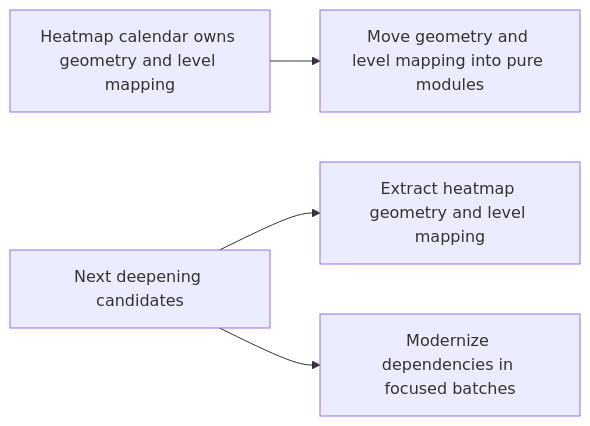
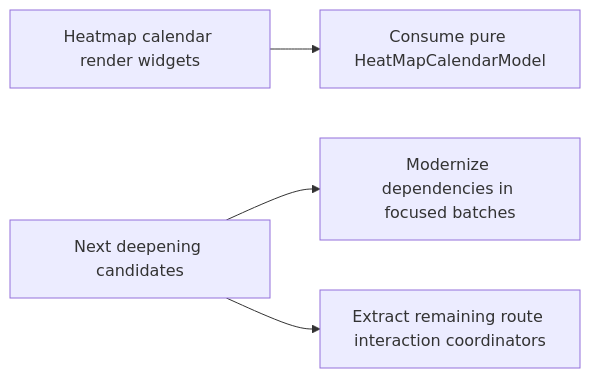
The fifth of 5 diagrams in docs/architecture/module-flow.md (Guoyuer/eventTracker), drawn with Mermaid before and after one commit. The commit also changed other lines of this file and 8 other files, not shown here.

Commit message:
Extract heatmap calendar model

````diff
--- a/docs/architecture/module-flow.md
+++ b/docs/architecture/module-flow.md
@@ -136,9 +138,9 @@
 ```mermaid
 flowchart LR
-  HeatmapCalendar["Heatmap calendar owns geometry and level mapping"]
-  HeatmapCalendar --> Logic["Move geometry and level mapping into pure modules"]
+  HeatmapCalendar["Heatmap calendar render widgets"]
+  HeatmapCalendar --> Logic["Consume pure HeatMapCalendarModel"]
 
   Next["Next deepening candidates"]
-  Next --> HeatmapGeometry["Extract heatmap geometry and level mapping"]
   Next --> DependencyBatches["Modernize dependencies in focused batches"]
+  Next --> RouteCoordinators["Extract remaining route interaction coordinators"]
 ```
````
